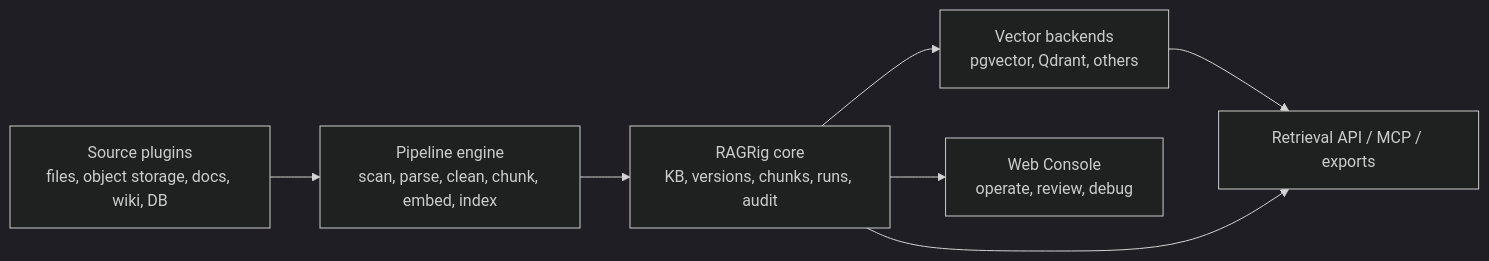
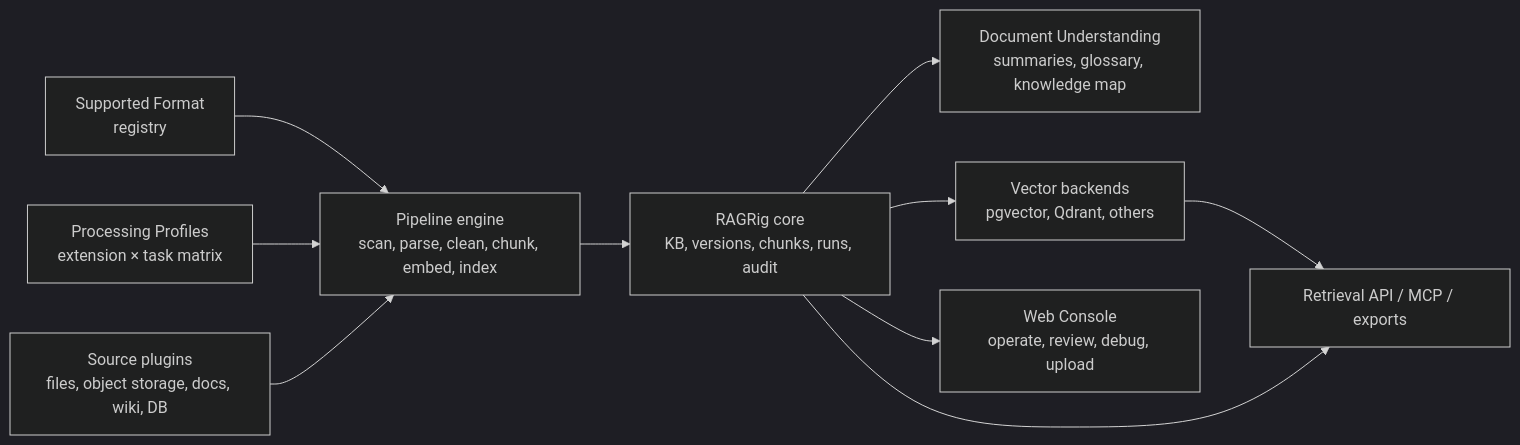
One commit to evilgaoshu/ragrig changed the diagram in README.md. Above: the diagram before and after it, drawn with Mermaid (dark theme). The commit also changed other lines of this file and 1 other file, not shown here.

Commit message:
docs: add ProcessingProfile, SupportedFormat, browser upload, and Document Understanding spec
- New spec at docs/specs/ragrig-processing-profile-spec.md covers:
  - ProcessingProfile data model with extension × task two-dimensional matrix
  - Matrix visualization for Web Console
  - SupportedFormat registry data model and API
  - Browser file upload flow, API design, and large file strategy
  - DocumentUnderstanding data model with single-doc, cross-doc, and knowledge map levels
  - Phased rollout plan (Phase 1-3)
- README.md updated: Architecture diagram, Project Status, and Authoritative specs list

````diff
--- a/README.md
+++ b/README.md
@@ -60,15 +60,21 @@
 ```mermaid
 flowchart LR
     sources["Source plugins<br/>files, object storage, docs, wiki, DB"]
     pipeline["Pipeline engine<br/>scan, parse, clean, chunk, embed, index"]
+    profiles["Processing Profiles<br/>extension × task matrix"]
+    formats["Supported Format<br/>registry"]
+    understanding["Document Understanding<br/>summaries, glossary, knowledge map"]
     core["RAGRig core<br/>KB, versions, chunks, runs, audit"]
     vectors["Vector backends<br/>pgvector, Qdrant, others"]
-    console["Web Console<br/>operate, review, debug"]
+    console["Web Console<br/>operate, review, debug, upload"]
     api["Retrieval API / MCP / exports"]
 
+    formats --> pipeline
+    profiles --> pipeline
     sources --> pipeline --> core
     core --> vectors
+    core --> understanding
     core --> console
     vectors --> api
     core --> api
 ```
````
